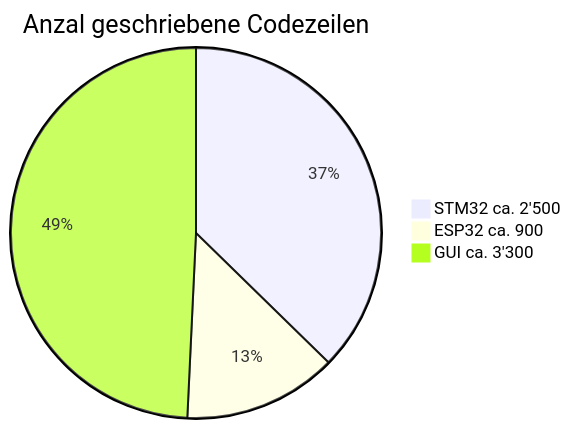
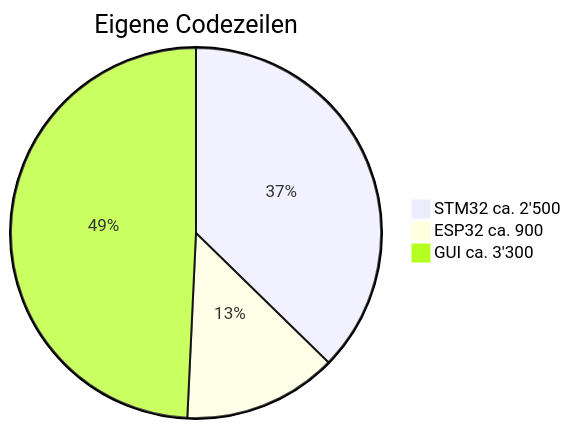
Before and after one commit to lssch/robocar: the second of 3 diagrams in docs/Presentation.qmd, drawn with Mermaid. The commit also changed other lines of this file and 148 other files, not shown here.

````diff
--- a/docs/Presentation.qmd
+++ b/docs/Presentation.qmd
@@ -85,6 +169,8 @@
 ```{mermaid}
-pie title Anzal geschriebene Codezeilen
+%%{init: {"pie": {"textPosition": 0.5}} }%%
+   pie
+    title Eigene Codezeilen
     "STM32 ca. 2'500" : 2500
     "ESP32 ca. 900" : 900
     "GUI ca. 3'300" : 3300
 ```
````
